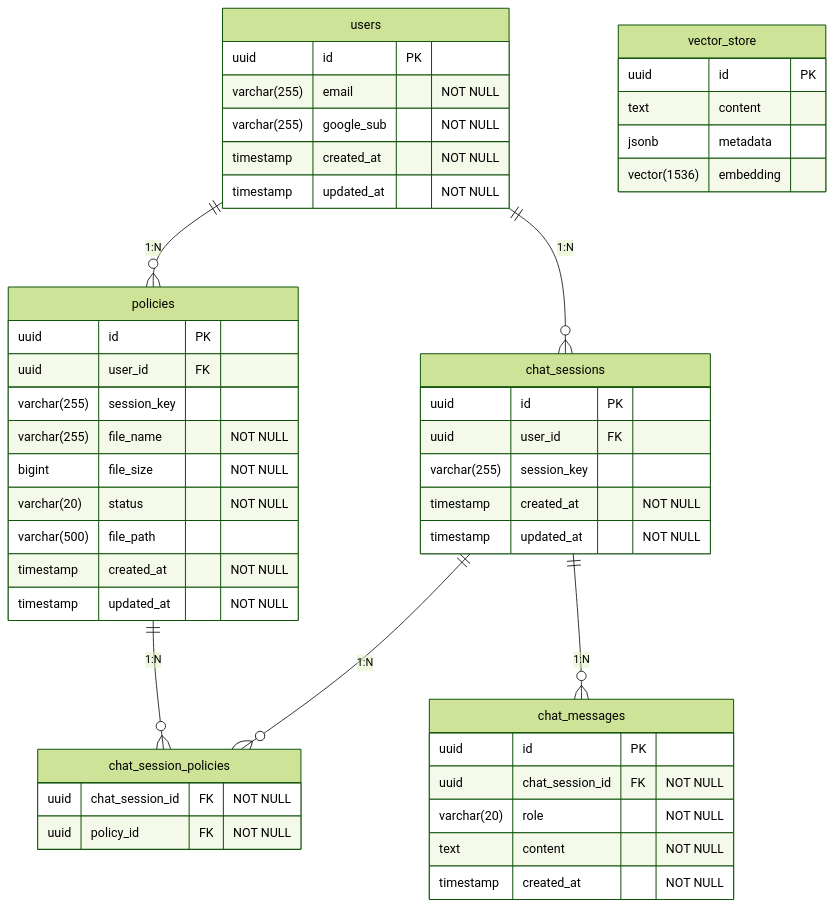
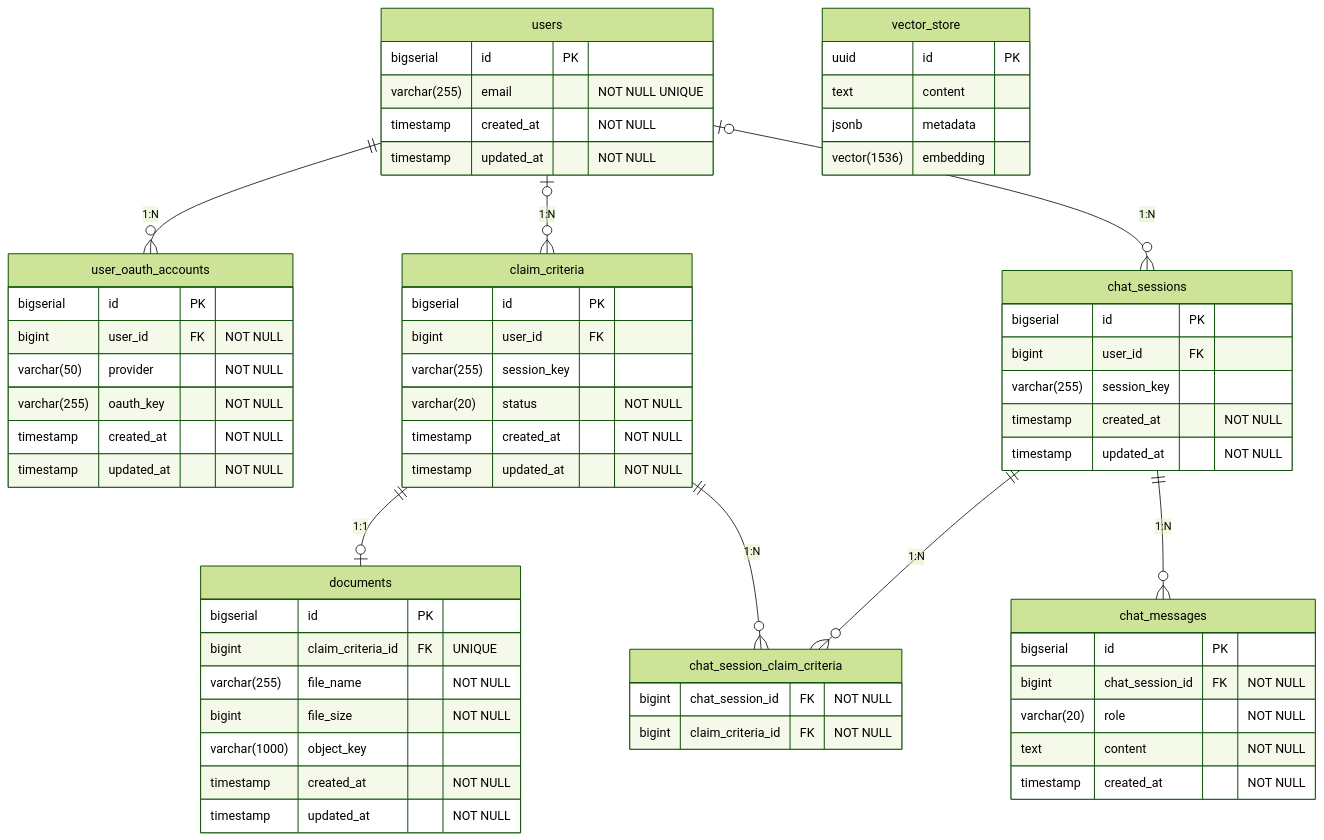
One commit to f-lab-edu/insurance-claim-helpers changed the diagram in docs/specs/2026-04-27-db-design.md. Above: the diagram before and after it, drawn with Mermaid (forest theme). The commit also changed other lines of this file and 30 other files, not shown here.

````diff
--- a/docs/specs/2026-04-27-db-design.md
+++ b/docs/specs/2026-04-27-db-design.md
@@ -21,56 +24,73 @@
 ```mermaid
 erDiagram
     users {
-        uuid id PK
-        varchar(255) email "NOT NULL"
-        varchar(255) google_sub "NOT NULL"
+        bigserial id PK
+        varchar(255) email "NOT NULL UNIQUE"
         timestamp created_at "NOT NULL"
         timestamp updated_at "NOT NULL"
     }
 
-    policies {
-        uuid id PK
-        uuid user_id FK
+    user_oauth_accounts {
+        bigserial id PK
+        bigint user_id FK "NOT NULL"
+        varchar(50) provider "NOT NULL"
+        varchar(255) oauth_key "NOT NULL"
+        timestamp created_at "NOT NULL"
+        timestamp updated_at "NOT NULL"
+    }
+
+    claim_criteria {
+        bigserial id PK
+        bigint user_id FK
         varchar(255) session_key
+        varchar(20) status "NOT NULL"
+        timestamp created_at "NOT NULL"
+        timestamp updated_at "NOT NULL"
+    }
+
+    documents {
+        bigserial id PK
+        bigint claim_criteria_id FK "UNIQUE"
         varchar(255) file_name "NOT NULL"
         bigint file_size "NOT NULL"
-        varchar(20) status "NOT NULL"
-        varchar(500) file_path
+        varchar(1000) object_key
         timestamp created_at "NOT NULL"
         timestamp updated_at "NOT NULL"
     }
 
     chat_sessions {
-        uuid id PK
-        uuid user_id FK
+        bigserial id PK
+        bigint user_id FK
         varchar(255) session_key
         timestamp created_at "NOT NULL"
         timestamp updated_at "NOT NULL"
     }
 
-    chat_session_policies {
-        uuid chat_session_id FK "NOT NULL"
-        uuid policy_id FK "NOT NULL"
+    chat_session_claim_criteria {
+        bigint chat_session_id FK "NOT NULL"
+        bigint claim_criteria_id FK "NOT NULL"
     }
 
     chat_messages {
-        uuid id PK
-        uuid chat_session_id FK "NOT NULL"
+        bigserial id PK
+        bigint chat_session_id FK "NOT NULL"
         varchar(20) role "NOT NULL"
         text content "NOT NULL"
         timestamp created_at "NOT NULL"
     }
 
     vector_store {
         uuid id PK
         text content
         jsonb metadata
         vector(1536) embedding
     }
 
-    users ||--o{ policies : "1:N"
-    users ||--o{ chat_sessions : "1:N"
-    chat_sessions ||--o{ chat_session_policies : "1:N"
-    policies ||--o{ chat_session_policies : "1:N"
+    users ||--o{ user_oauth_accounts : "1:N"
+    users |o--o{ claim_criteria : "1:N"
+    users |o--o{ chat_sessions : "1:N"
+    claim_criteria ||--o| documents : "1:1"
+    chat_sessions ||--o{ chat_session_claim_criteria : "1:N"
+    claim_criteria ||--o{ chat_session_claim_criteria : "1:N"
     chat_sessions ||--o{ chat_messages : "1:N"
 ```
````
